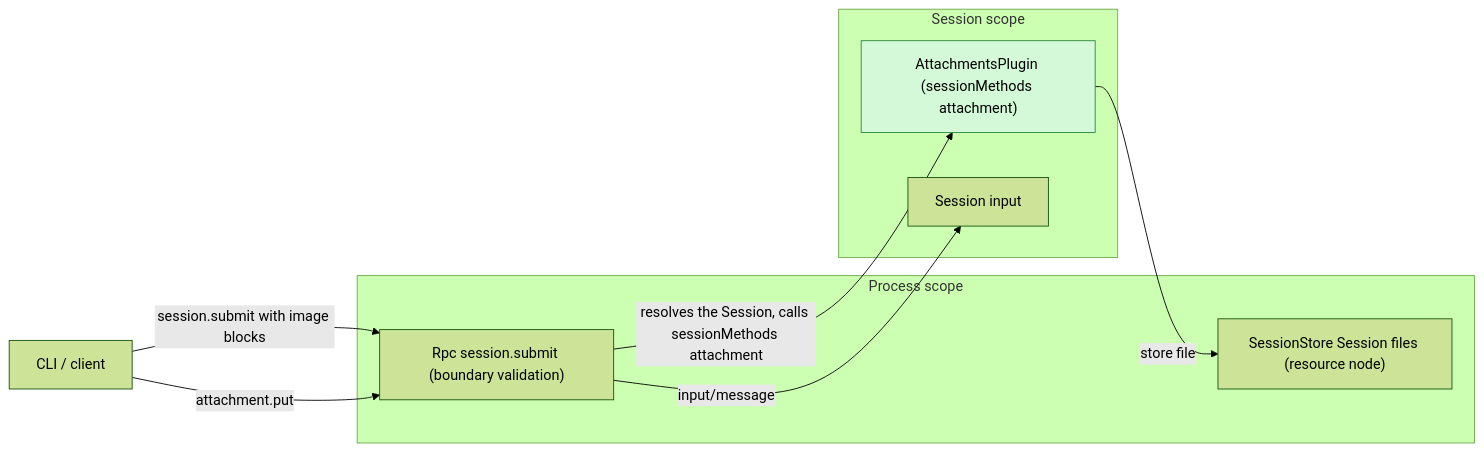
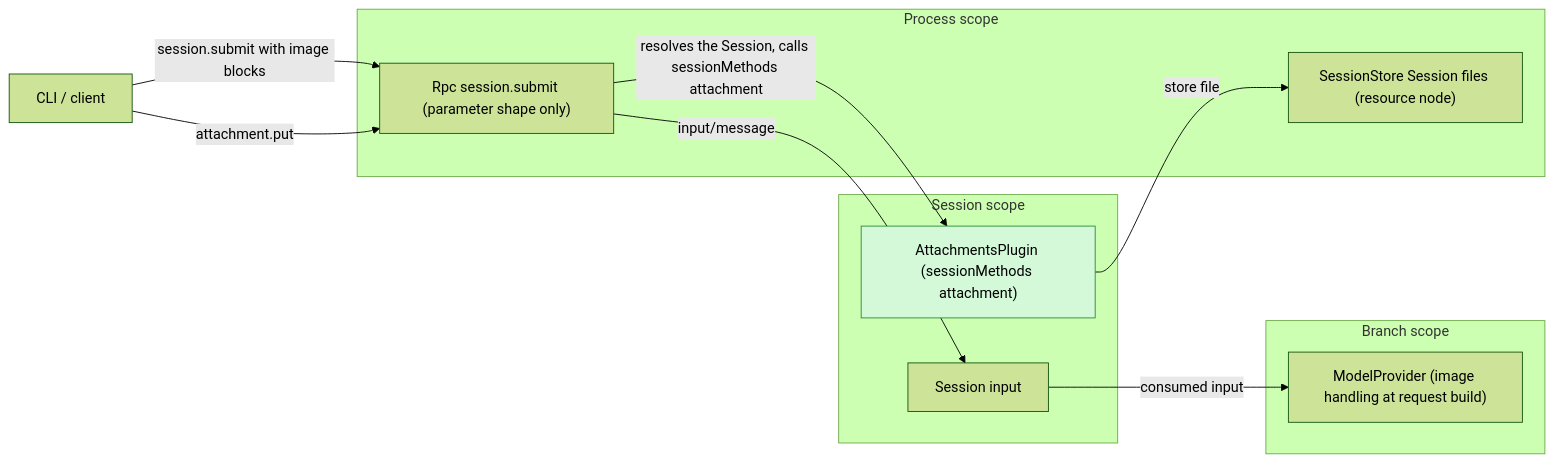
The first of 4 diagrams in docs/design/plugins/Attachments.md (CoutinhoTTS/dim-agent), drawn with Mermaid (forest theme) before and after one commit. The commit also changed other lines of this file and 42 other files, not shown here.

````diff
--- a/docs/design/plugins/Attachments.md
+++ b/docs/design/plugins/Attachments.md
@@ -9,18 +9,22 @@
 ```mermaid
 flowchart LR
   CLI["CLI / client"]
   subgraph P["Process scope"]
-    RPC["Rpc session.submit (boundary validation)"]
+    RPC["Rpc session.submit (parameter shape only)"]
     SS["SessionStore Session files (resource node)"]
   end
   subgraph S["Session scope"]
     AT["AttachmentsPlugin (sessionMethods attachment)"]:::new
     SI["Session input"]
   end
+  subgraph B["Branch scope"]
+    MP["ModelProvider (image handling at request build)"]
+  end
   CLI -- "session.submit with image blocks" --> RPC
   CLI -- "attachment.put" --> RPC
   RPC -- "resolves the Session, calls sessionMethods attachment" --> AT
   AT -- "store file" --> SS
   RPC -- "input/message" --> SI
+  SI -- "consumed input" --> MP
   classDef new fill:#d3f9d8,stroke:#2b8a3e,color:#000
 ```
````
